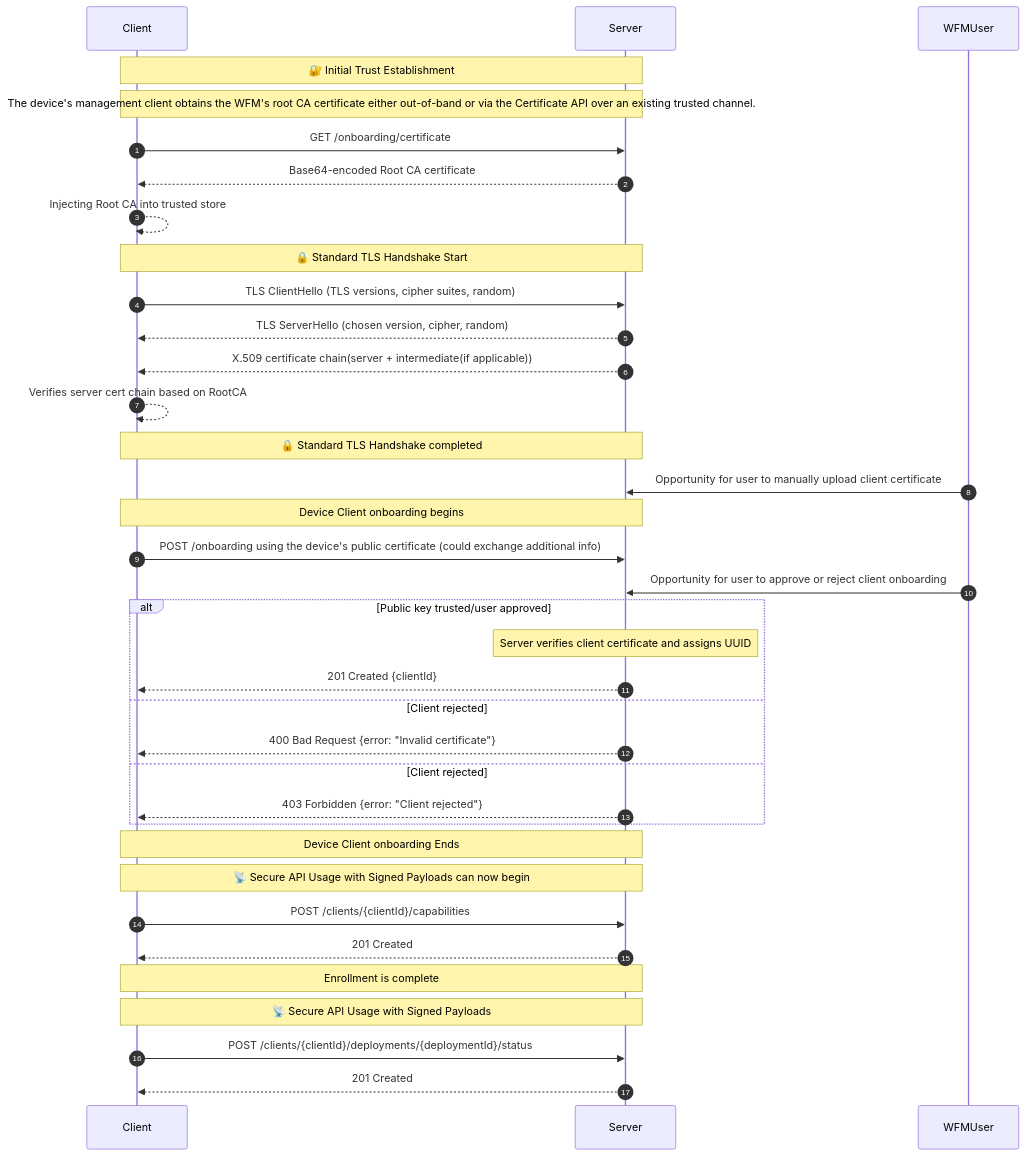
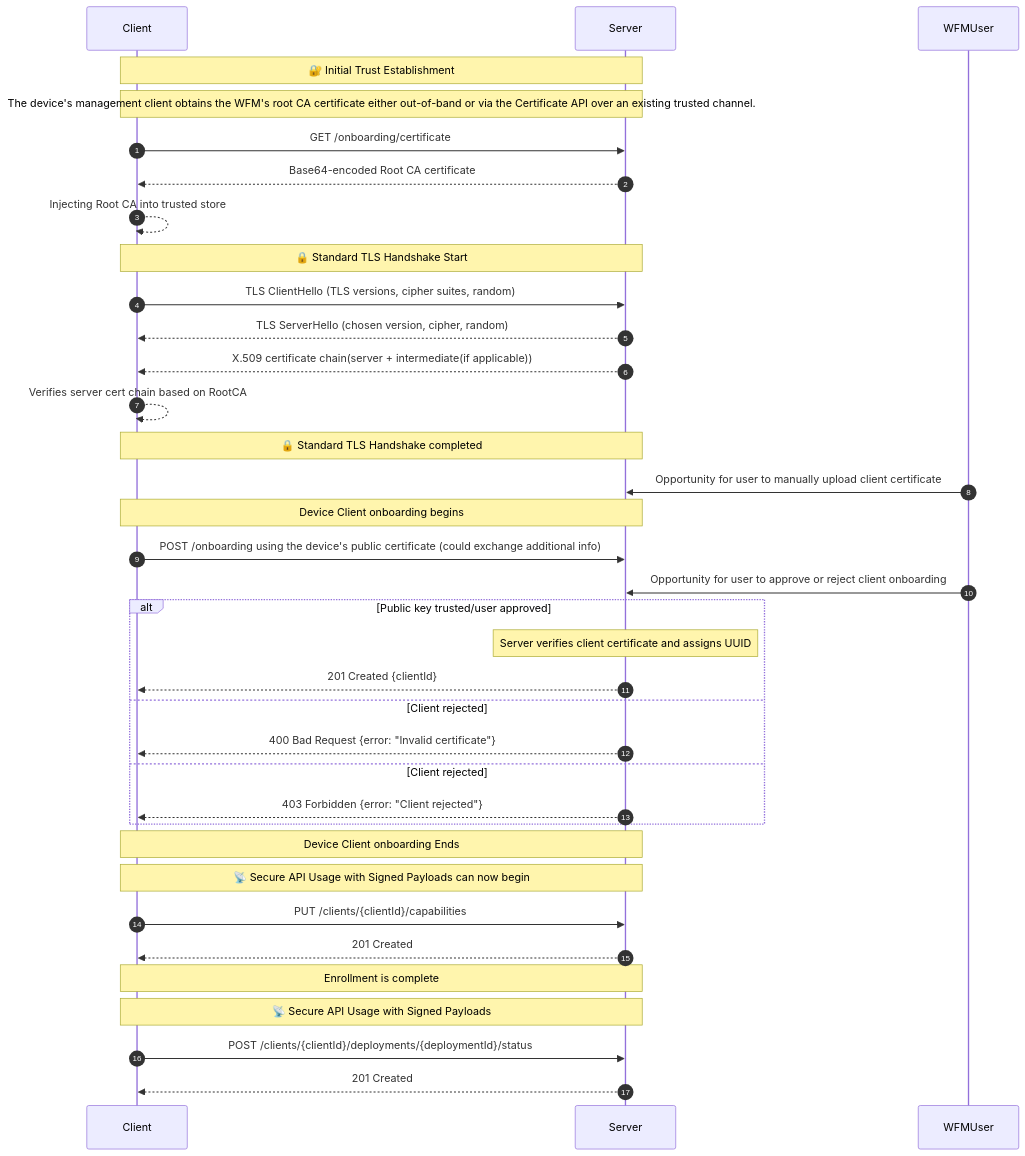
One commit to Silvanoc/margo-specification changed the diagram in system-design/specification/margo-management-interface/device-client-onboarding.md. Above: the diagram before and after it, drawn with Mermaid. The commit also changed 3 other files, not shown here.

````diff
--- a/system-design/specification/margo-management-interface/device-client-onboarding.md
+++ b/system-design/specification/margo-management-interface/device-client-onboarding.md
@@ -17,41 +17,41 @@
 ```mermaid
 sequenceDiagram
     autonumber
     participant Client
     participant Server
 
     Note over Client,Server: 🔐 Initial Trust Establishment
     Note over Client,Server: The device's management client obtains the WFM's root CA certificate either out-of-band or via the Certificate API over an existing trusted channel.
     Client->>Server: GET /onboarding/certificate
     Server-->>Client: Base64-encoded Root CA certificate
     Client-->>Client: Injecting Root CA into trusted store
 
     Note over Client,Server: 🔒 Standard TLS Handshake Start
     Client->>Server: TLS ClientHello (TLS versions, cipher suites, random)
     Server-->>Client: TLS ServerHello (chosen version, cipher, random)
     Server-->>Client: X.509 certificate chain(server + intermediate(if applicable))
     Client-->>Client: Verifies server cert chain based on RootCA
     Note over Client,Server: 🔒 Standard TLS Handshake completed
     WFMUser->>Server: Opportunity for user to manually upload client certificate
     Note over Client,Server: Device Client onboarding begins
     Client->>Server: POST /onboarding using the device's public certificate (could exchange additional info)
     WFMUser->>Server: Opportunity for user to approve or reject client onboarding
     alt Public key trusted/user approved
         Note over Server: Server verifies client certificate and assigns UUID
         Server-->>Client: 201 Created {clientId}
     else Client rejected
         Server-->>Client: 400 Bad Request {error: "Invalid certificate"}
     else Client rejected
         Server-->>Client: 403 Forbidden {error: "Client rejected"}
     end
 
     Note over Client,Server: Device Client onboarding Ends
     Note over Client,Server: 📡 Secure API Usage with Signed Payloads can now begin
 
-    Client->>Server: POST /clients/{clientId}/capabilities
+    Client->>Server: PUT /clients/{clientId}/capabilities
     Server-->>Client: 201 Created
     Note over Client,Server: Enrollment is complete
     Note over Client,Server: 📡 Secure API Usage with Signed Payloads
     Client->>Server: POST /clients/{clientId}/deployments/{deploymentId}/status
     Server-->>Client: 201 Created
 ```
````
